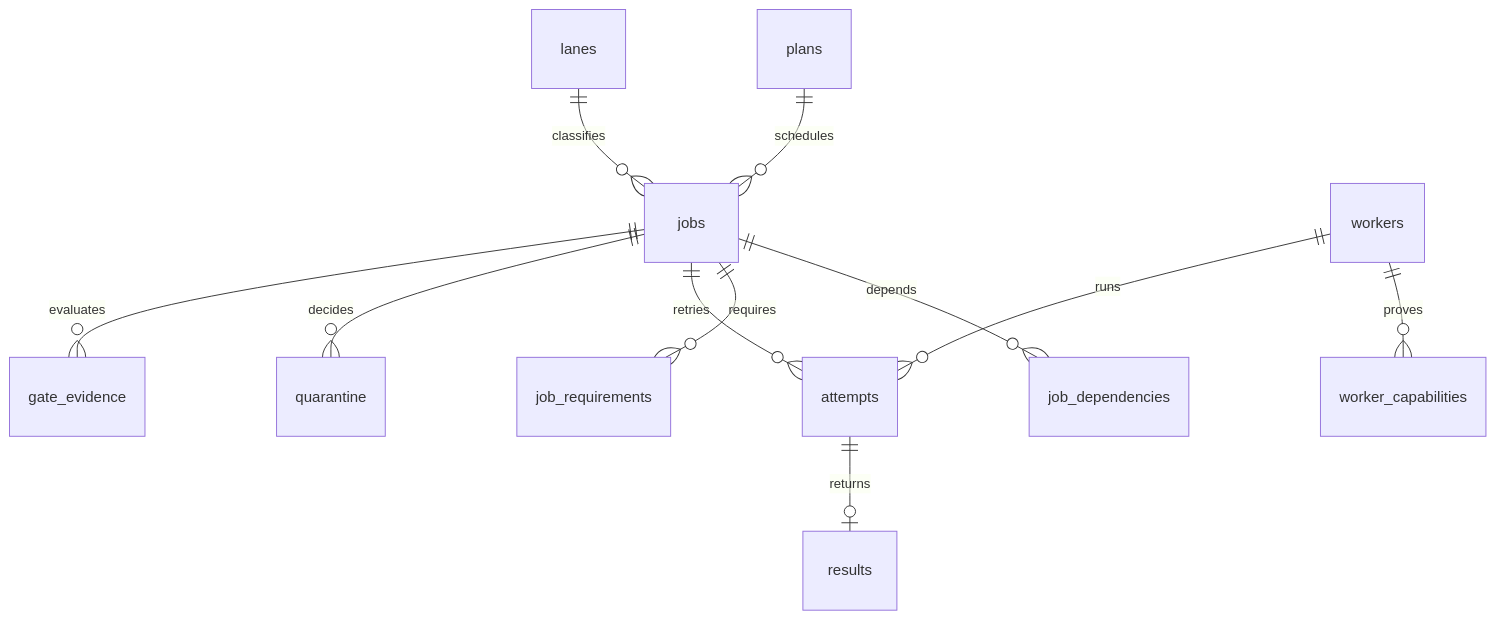
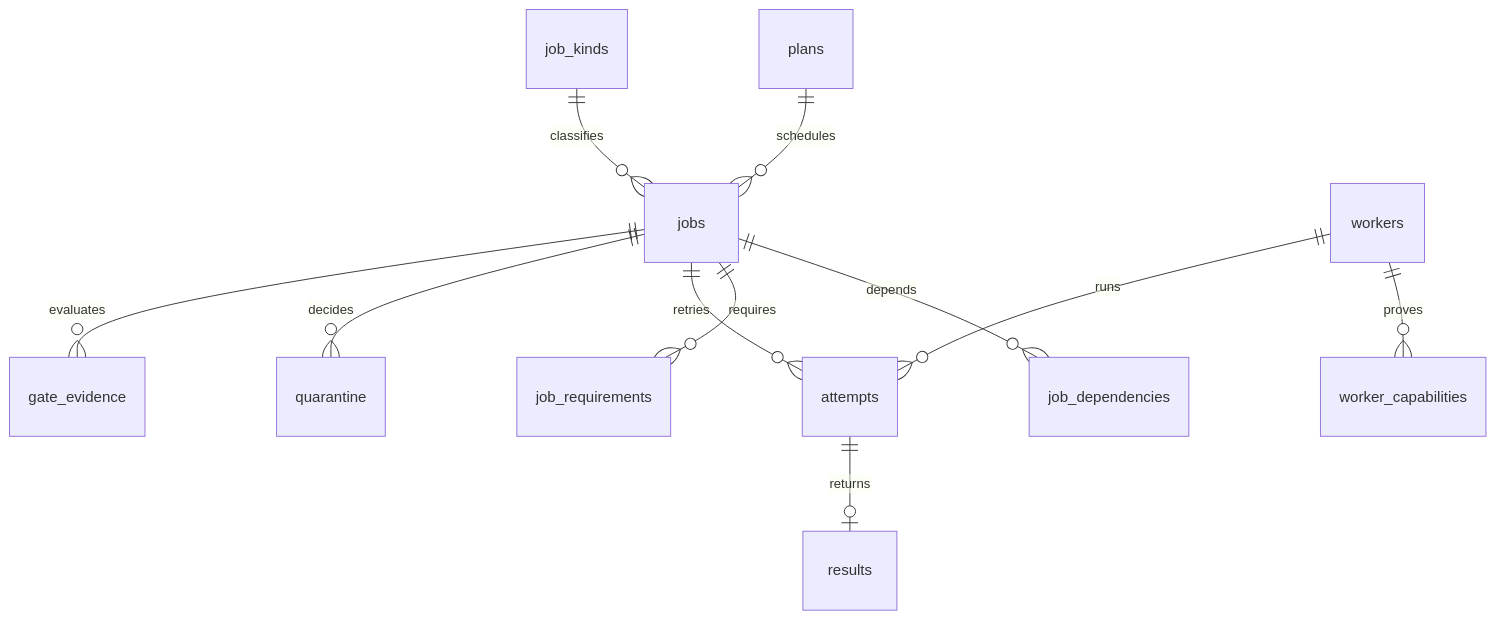
Before and after one commit to martin-juul/aslice: the fifth of 10 diagrams in docs/DATABASE.md, drawn with Mermaid. The commit also changed other lines of this file and 49 other files, not shown here.

````diff
--- a/docs/DATABASE.md
+++ b/docs/DATABASE.md
@@ -250,13 +250,13 @@
 ```mermaid
 erDiagram
   plans ||--o{ jobs : schedules
-  lanes ||--o{ jobs : classifies
+  job_kinds ||--o{ jobs : classifies
   jobs ||--o{ job_dependencies : depends
   jobs ||--o{ job_requirements : requires
   workers ||--o{ worker_capabilities : proves
   workers ||--o{ attempts : runs
   jobs ||--o{ attempts : retries
   attempts ||--o| results : returns
   jobs ||--o{ quarantine : decides
   jobs ||--o{ gate_evidence : evaluates
 ```
````
